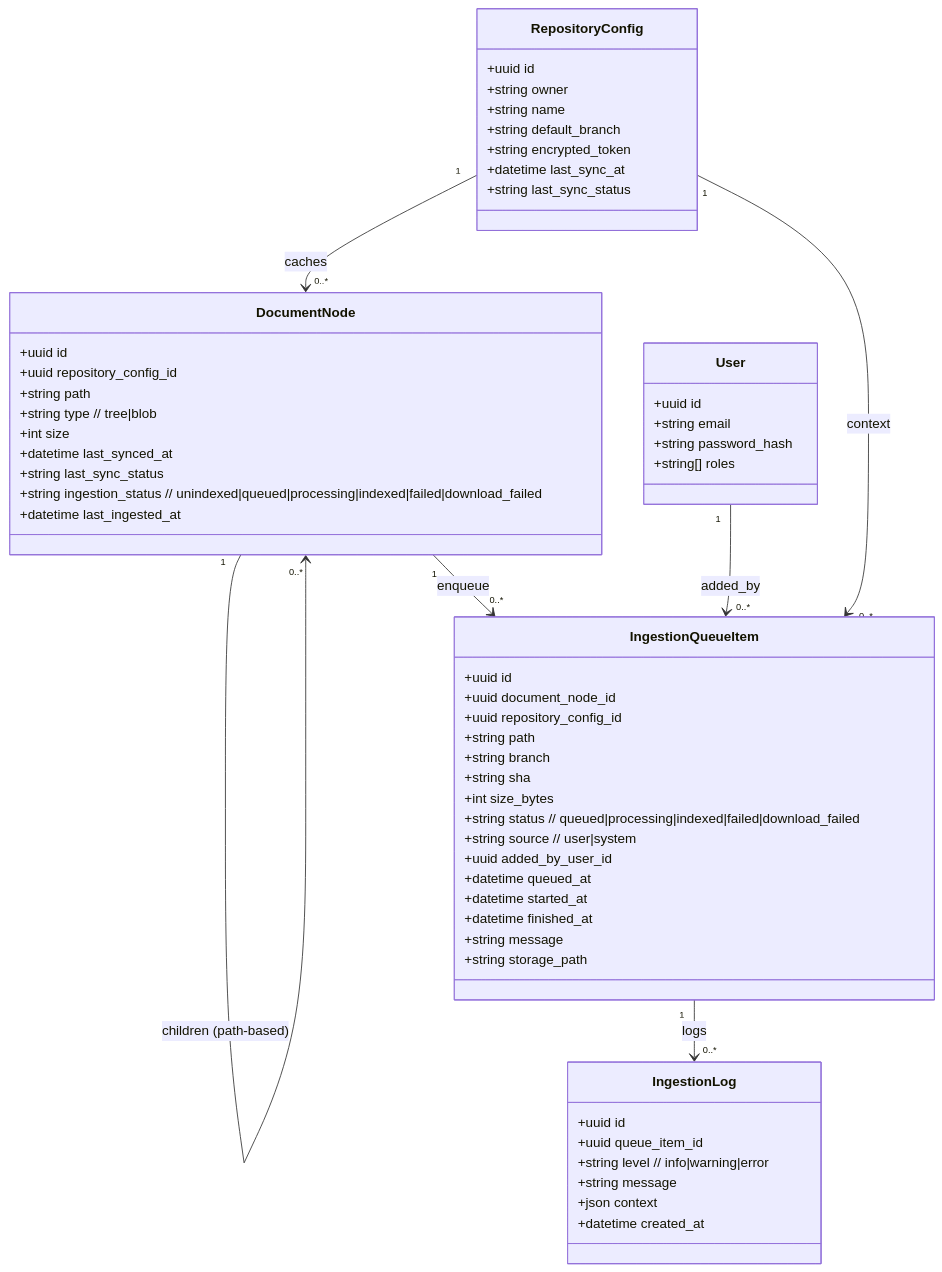
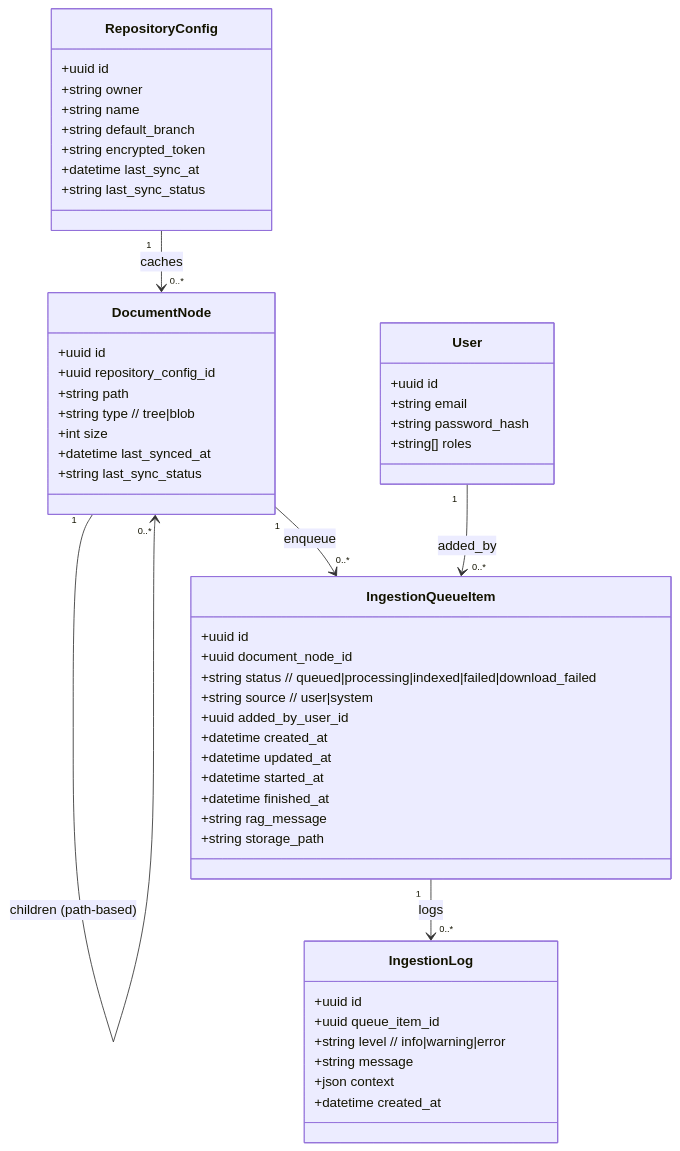
Before and after one commit to RedwanK/rag-manager: the diagram in docs/functional/01-lot-2.md, drawn with Mermaid. The commit also changed other lines of this file, not shown here.

Commit message:
update the model according to review and final checks

````diff
--- a/docs/functional/01-lot-2.md
+++ b/docs/functional/01-lot-2.md
@@ -67,65 +66,58 @@
 ```mermaid
 classDiagram
   class RepositoryConfig {
     +uuid id
     +string owner
     +string name
     +string default_branch
     +string encrypted_token
     +datetime last_sync_at
     +string last_sync_status
   }
 
   class DocumentNode {
     +uuid id
     +uuid repository_config_id
     +string path
     +string type // tree|blob
     +int size
     +datetime last_synced_at
     +string last_sync_status
-    +string ingestion_status // unindexed|queued|processing|indexed|failed|download_failed
-    +datetime last_ingested_at
   }
 
   class IngestionQueueItem {
     +uuid id
     +uuid document_node_id
-    +uuid repository_config_id
-    +string path
-    +string branch
-    +string sha
-    +int size_bytes
     +string status // queued|processing|indexed|failed|download_failed
     +string source // user|system
     +uuid added_by_user_id
-    +datetime queued_at
+    +datetime created_at
+    +datetime updated_at
     +datetime started_at
     +datetime finished_at
-    +string message
+    +string rag_message
     +string storage_path
   }
 
   class IngestionLog {
     +uuid id
     +uuid queue_item_id
     +string level // info|warning|error
     +string message
     +json context
     +datetime created_at
   }
 
   class User {
     +uuid id
     +string email
     +string password_hash
     +string[] roles
   }
 
   RepositoryConfig "1" --> "0..*" DocumentNode : caches
   DocumentNode "1" --> "0..*" DocumentNode : children (path-based)
   DocumentNode "1" --> "0..*" IngestionQueueItem : enqueue
   IngestionQueueItem "1" --> "0..*" IngestionLog : logs
   User "1" --> "0..*" IngestionQueueItem : added_by
-  RepositoryConfig "1" --> "0..*" IngestionQueueItem : context
 ```
````
